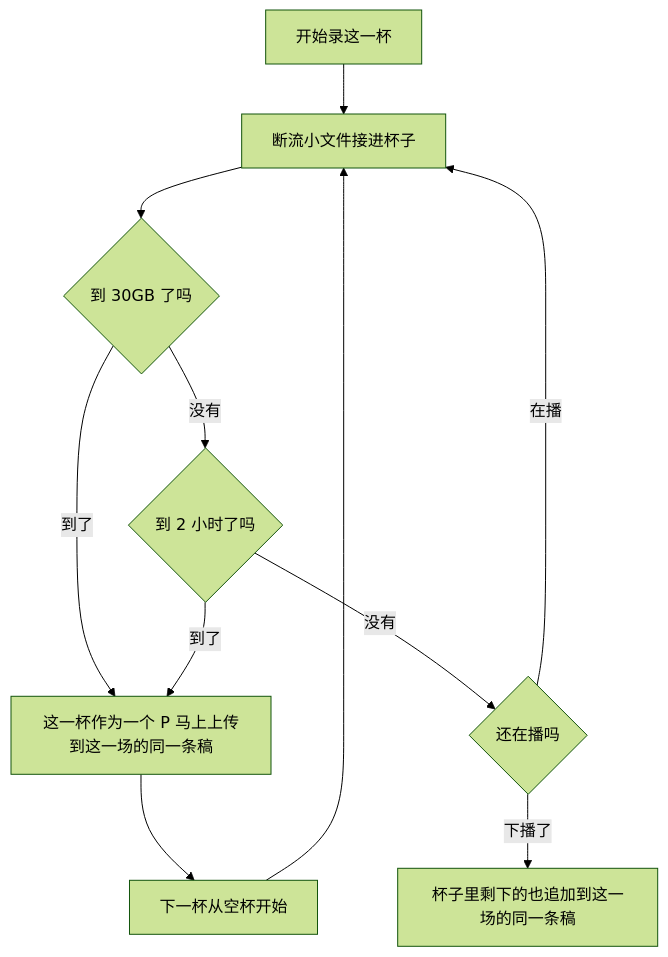
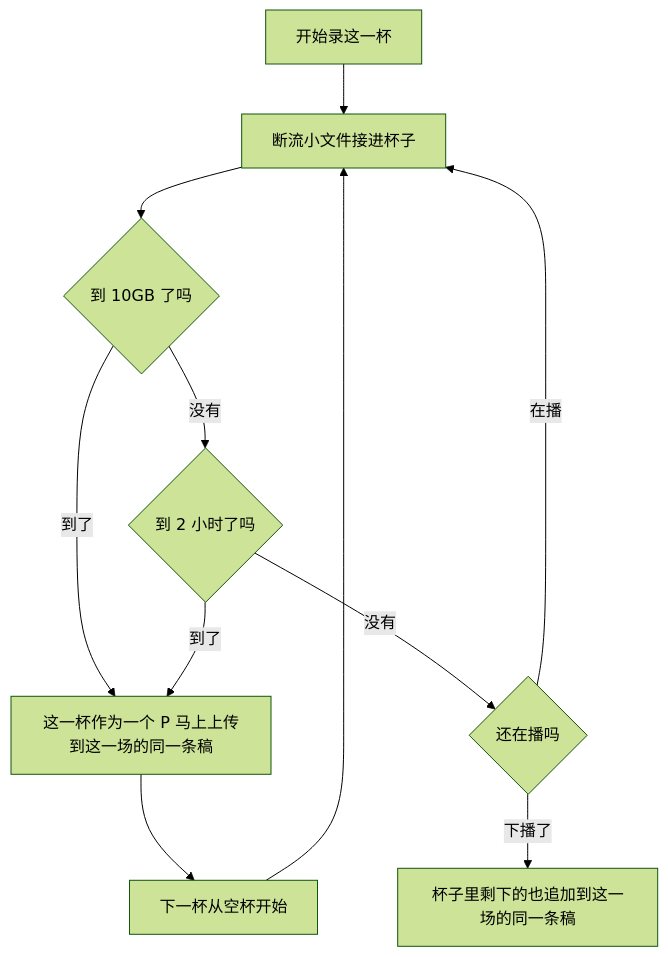
Before and after one commit to notfornothing/biliup: the second of 2 diagrams in aboutRefactor/分P示意图.md, drawn with Mermaid (forest theme). The commit also changed other lines of this file and 2 other files, not shown here.

````diff
--- a/aboutRefactor/分P示意图.md
+++ b/aboutRefactor/分P示意图.md
@@ -22,13 +22,13 @@
 ```mermaid
 flowchart TD
     startNode[开始录这一杯] --> addPiece[断流小文件接进杯子]
-    addPiece --> fullSize{到 30GB 了吗}
+    addPiece --> fullSize{到 10GB 了吗}
     fullSize -->|到了| uploadNow[这一杯作为一个 P 马上上传到这一场的同一条稿]
     fullSize -->|没有| fullTime{到 2 小时了吗}
     fullTime -->|到了| uploadNow
     fullTime -->|没有| stillLive{还在播吗}
     stillLive -->|在播| addPiece
     stillLive -->|下播了| uploadRest[杯子里剩下的也追加到这一场的同一条稿]
     uploadNow --> nextCup[下一杯从空杯开始]
     nextCup --> addPiece
 ```
````
